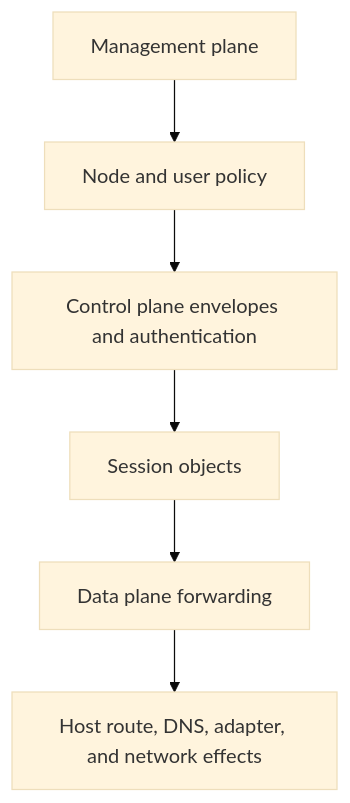
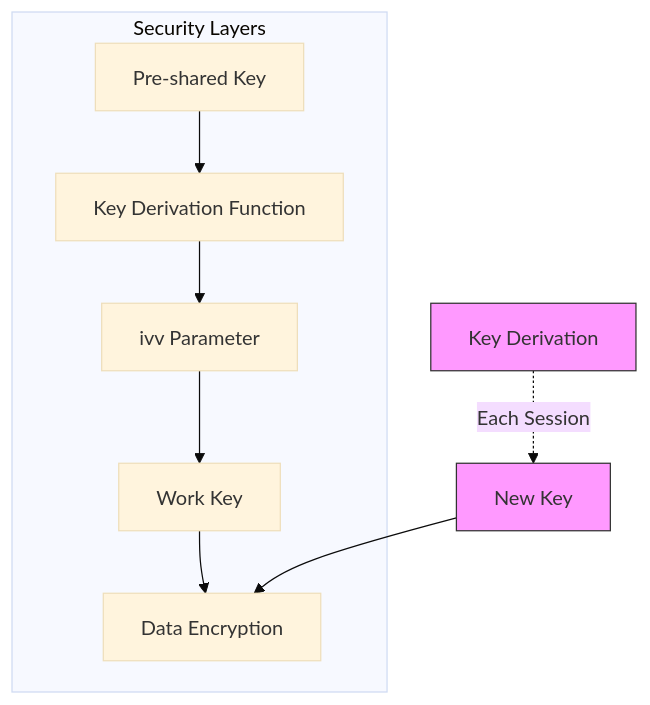
One commit to HyacinthHaru/openppp2 changed the tenth of 10 diagrams in docs/ARCHITECTURE.md. Above: the diagram before and after it, drawn with Mermaid (base theme). The commit also changed other lines of this file and 31 other files, not shown here.

````diff
--- a/docs/ARCHITECTURE.md
+++ b/docs/ARCHITECTURE.md
@@ -361,8 +490,15 @@
 ```mermaid
 flowchart TD
-    A[Management plane] --> B[Node and user policy]
-    B --> C[Control plane envelopes and authentication]
-    C --> D[Session objects]
-    D --> E[Data plane forwarding]
-    E --> F[Host route, DNS, adapter, and network effects]
+    subgraph Security Layers
+        A[Pre-shared Key] --> B[Key Derivation Function]
+        B --> C[ivv Parameter]
+        C --> D[Work Key]
+        D --> E[Data Encryption]
+    end
+    
+    F[Key Derivation] -.->|Each Session| G[New Key]
+    G --> E
+    
+    style F fill:#f9f,stroke:#333
+    style G fill:#f9f,stroke:#333
 ```
````
